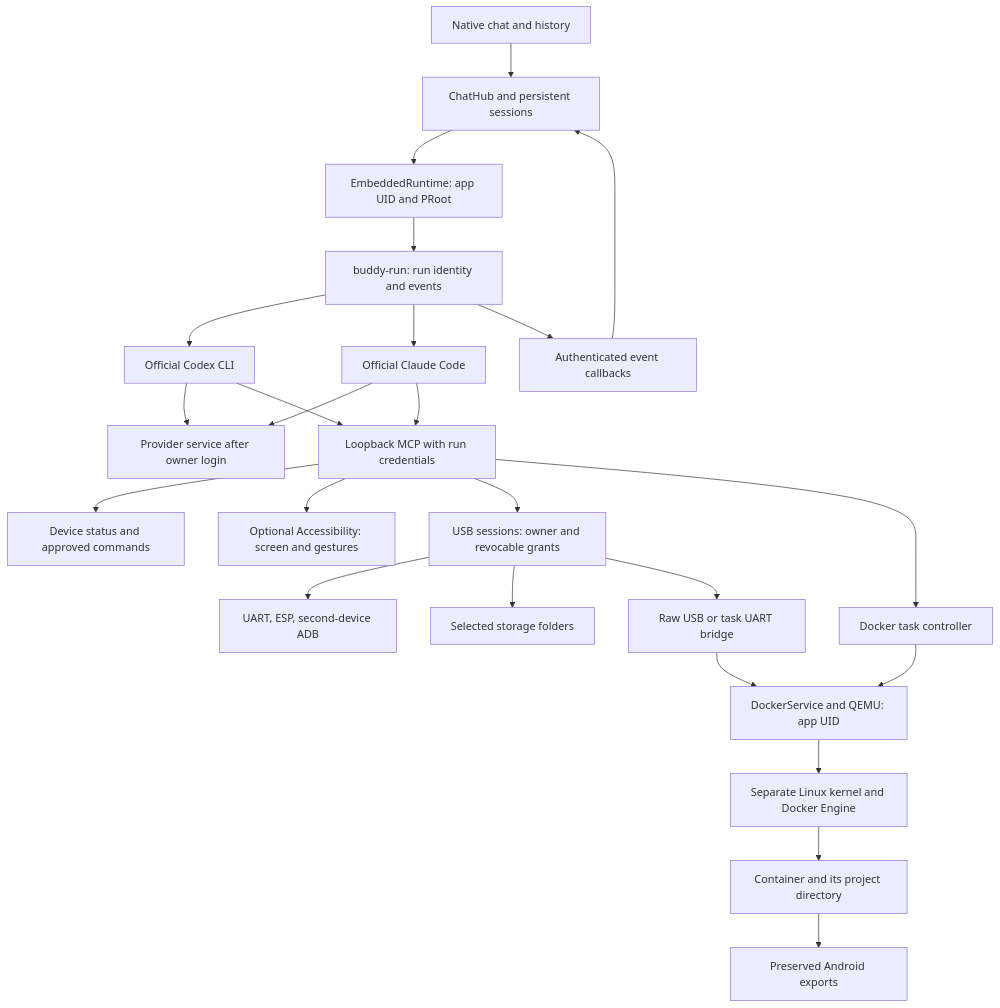
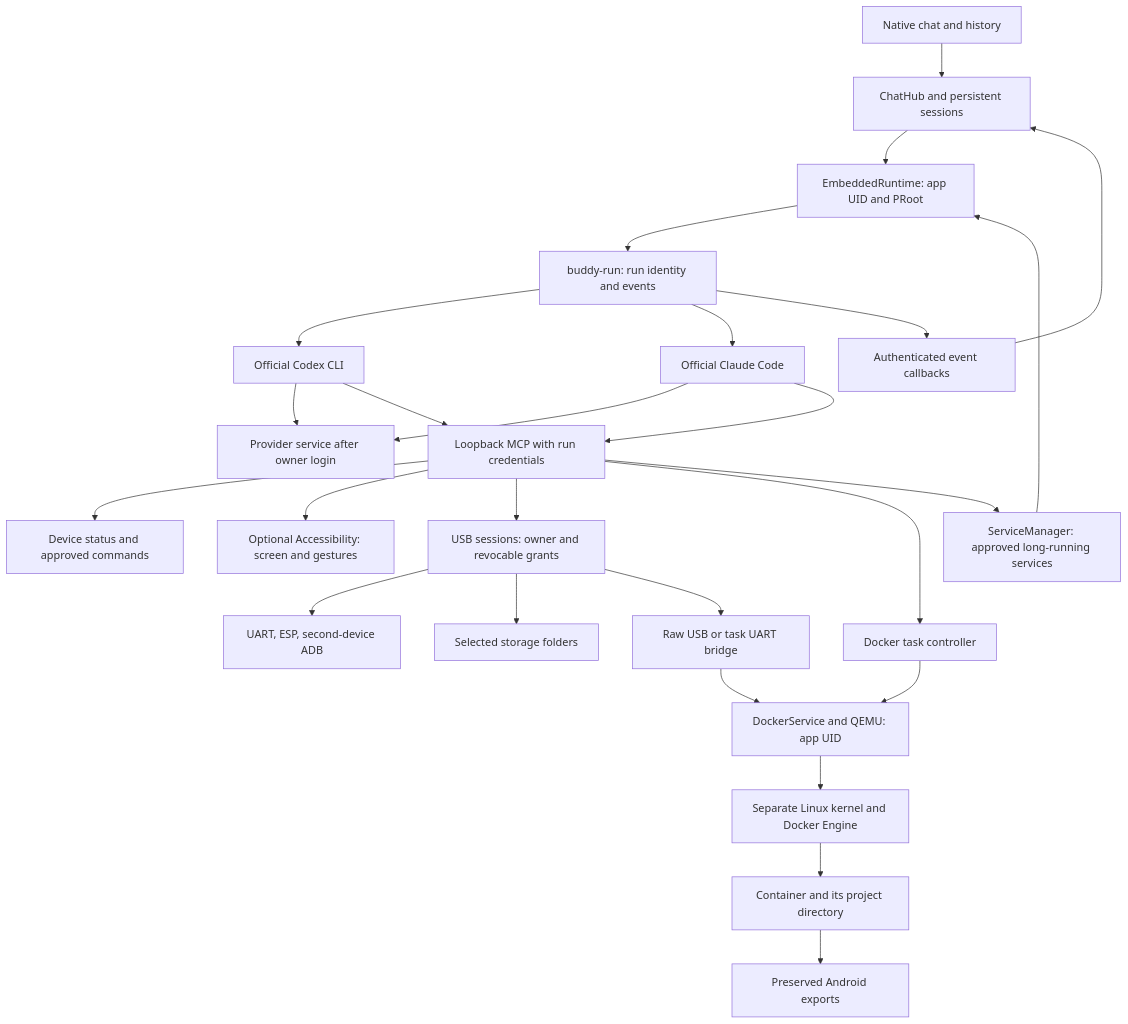
One commit to mateuszsury/androidagent changed the diagram in docs/ARCHITECTURE.md. Above: the diagram before and after it, drawn with Mermaid. The commit also changed other lines of this file and 17 other files, not shown here.

First line of the commit message:
Add long-running background services that outlive the agent's turn

````diff
--- a/docs/ARCHITECTURE.md
+++ b/docs/ARCHITECTURE.md
@@ -7,26 +7,28 @@
 ```mermaid
 flowchart TD
   UI[Native chat and history] --> HUB[ChatHub and persistent sessions]
   HUB --> RUNTIME[EmbeddedRuntime: app UID and PRoot]
   RUNTIME --> HELPER[buddy-run: run identity and events]
   HELPER --> CODEX[Official Codex CLI]
   HELPER --> CLAUDE[Official Claude Code]
   CODEX --> MODEL[Provider service after owner login]
   CLAUDE --> MODEL
   CODEX --> MCP[Loopback MCP with run credentials]
   CLAUDE --> MCP
   HELPER --> EVENTS[Authenticated event callbacks]
   EVENTS --> HUB
   MCP --> STATE[Device status and approved commands]
   MCP --> ACCESS[Optional Accessibility: screen and gestures]
   MCP --> USB[USB sessions: owner and revocable grants]
   USB --> DIRECT[UART, ESP, second-device ADB]
   USB --> SAF[Selected storage folders]
   USB --> REDIR[Raw USB or task UART bridge]
   MCP --> DOCKER[Docker task controller]
   DOCKER --> VM[DockerService and QEMU: app UID]
   REDIR --> VM
   VM --> LINUX[Separate Linux kernel and Docker Engine]
   LINUX --> TASK[Container and its project directory]
   TASK --> EXPORT[Preserved Android exports]
+  MCP --> SERVICES[ServiceManager: approved long-running services]
+  SERVICES --> RUNTIME
 ```
````
